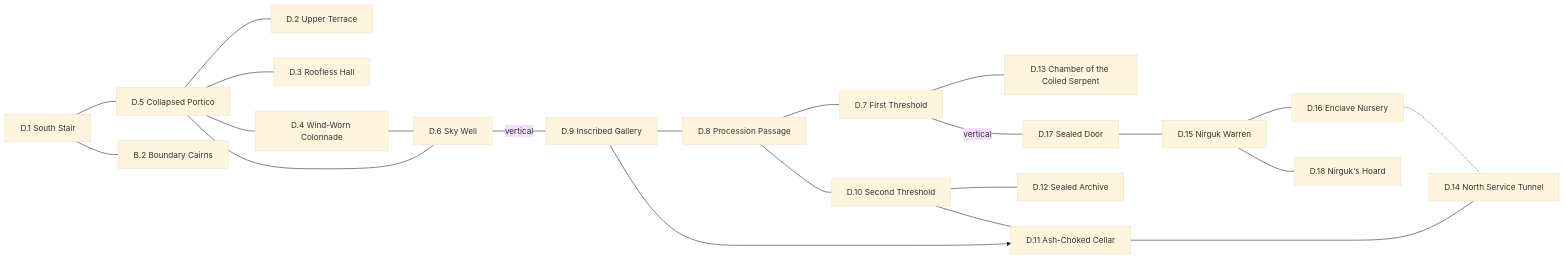
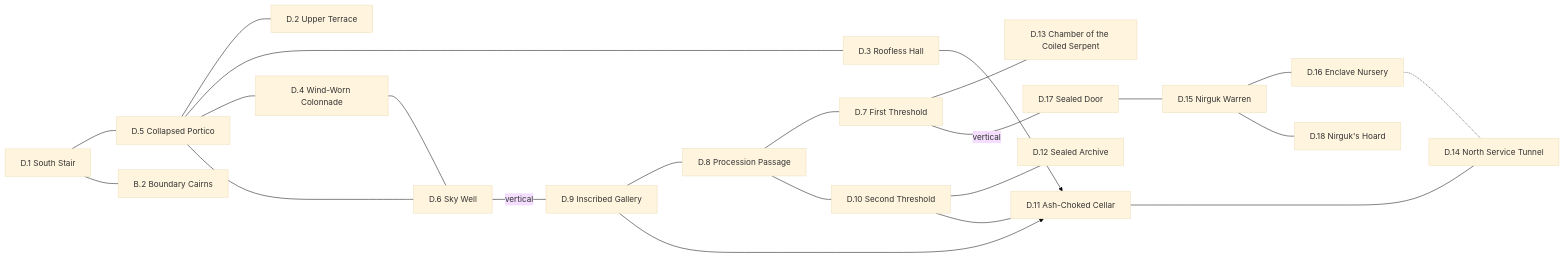
The diagram in setting/region/D/Ziggurat.mmd (rstevenson1237/setting_builder), drawn with Mermaid (base theme) before and after one commit. The commit also changed 12 other files, not shown here.

````diff
--- a/setting/region/D/Ziggurat.mmd
+++ b/setting/region/D/Ziggurat.mmd
@@ -7,24 +7,25 @@
 ```mermaid
 graph LR
     D1["D.1 South Stair"] --- D5["D.5 Collapsed Portico"]
     D5 --- D2["D.2 Upper Terrace"]
     D5 --- D3["D.3 Roofless Hall"]
     D5 --- D4["D.4 Wind-Worn Colonnade"]
     D5 --- D6["D.6 Sky Well"]
     D4 --- D6
     D6 ---|vertical| D9["D.9 Inscribed Gallery"]
     D9 --- D8["D.8 Procession Passage"]
     D8 --- D7["D.7 First Threshold"]
     D8 --- D10["D.10 Second Threshold"]
     D7 --- D13["D.13 Chamber of the Coiled Serpent"]
     D7 ---|vertical| D17["D.17 Sealed Door"]
     D10 --- D12["D.12 Sealed Archive"]
     D10 --- D11["D.11 Ash-Choked Cellar"]
     D11 --- D14["D.14 North Service Tunnel"]
     D9 --> D11
+    D3 --> D11
     D17 --- D15["D.15 Nirguk Warren"]
     D15 --- D16["D.16 Enclave Nursery"]
     D15 --- D18["D.18 Nirguk's Hoard"]
     D16 -.- D14
     D1 --- B2["B.2 Boundary Cairns"]
 ```
````
